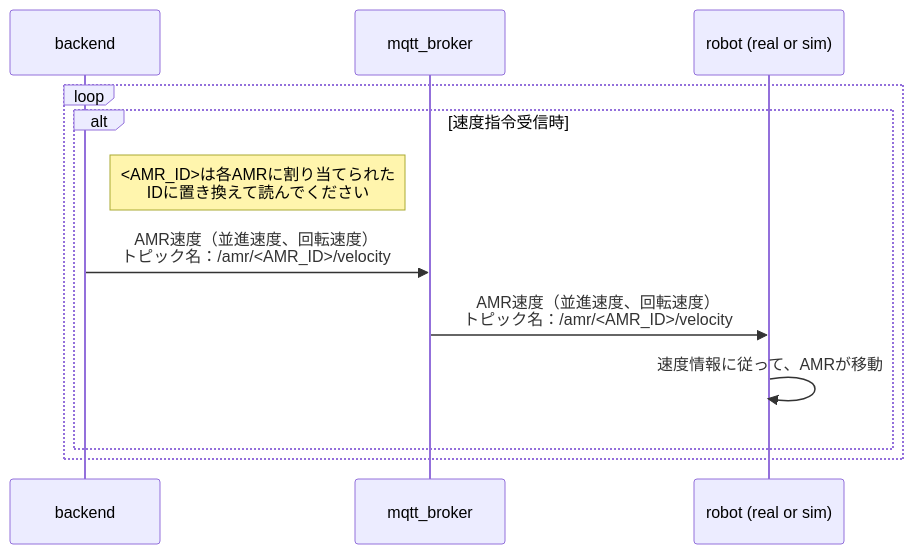
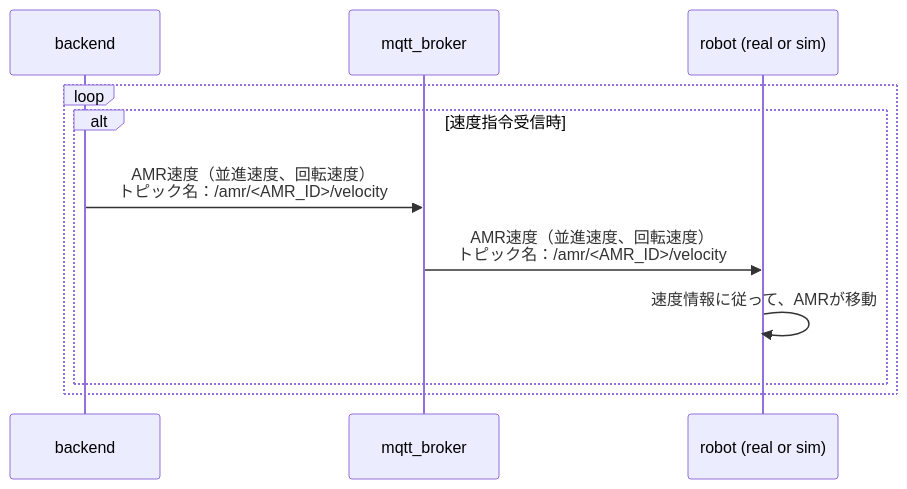
Before and after one commit to akinami3/robot-ml-web-app: the second of 12 diagrams in README.md, drawn with Mermaid. The commit also changed other lines of this file, not shown here.

````diff
--- a/README.md
+++ b/README.md
@@ -33,15 +37,14 @@
 ```mermaid
 sequenceDiagram
   participant backend
   participant mqtt_broker
   participant robot as robot (real or sim)
 
   loop
     alt　速度指令受信時
-      Note right of backend: <AMR_ID>は各AMRに割り当てられた<br>IDに置き換えて読んでください
       backend ->> mqtt_broker: AMR速度（並進速度、回転速度）<br>トピック名：/amr/<AMR_ID>/velocity
       mqtt_broker ->> robot: AMR速度（並進速度、回転速度）<br>トピック名：/amr/<AMR_ID>/velocity
       robot ->> robot: 速度情報に従って、AMRが移動
     end
   end
 ```
````
